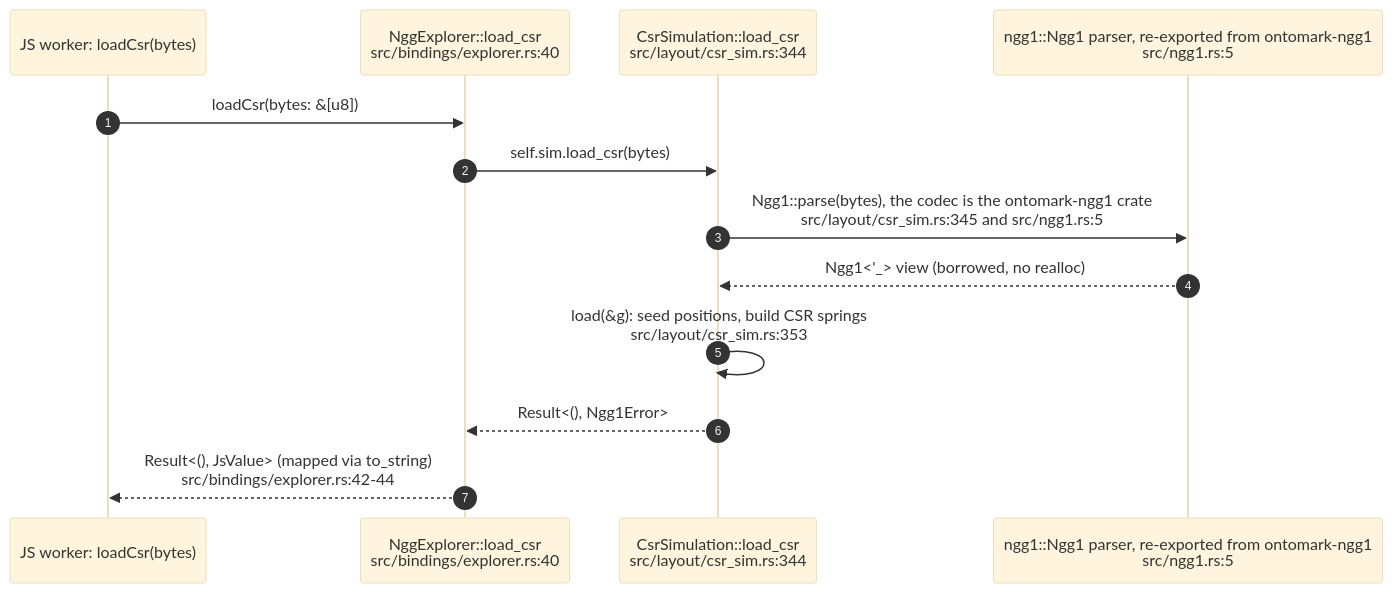
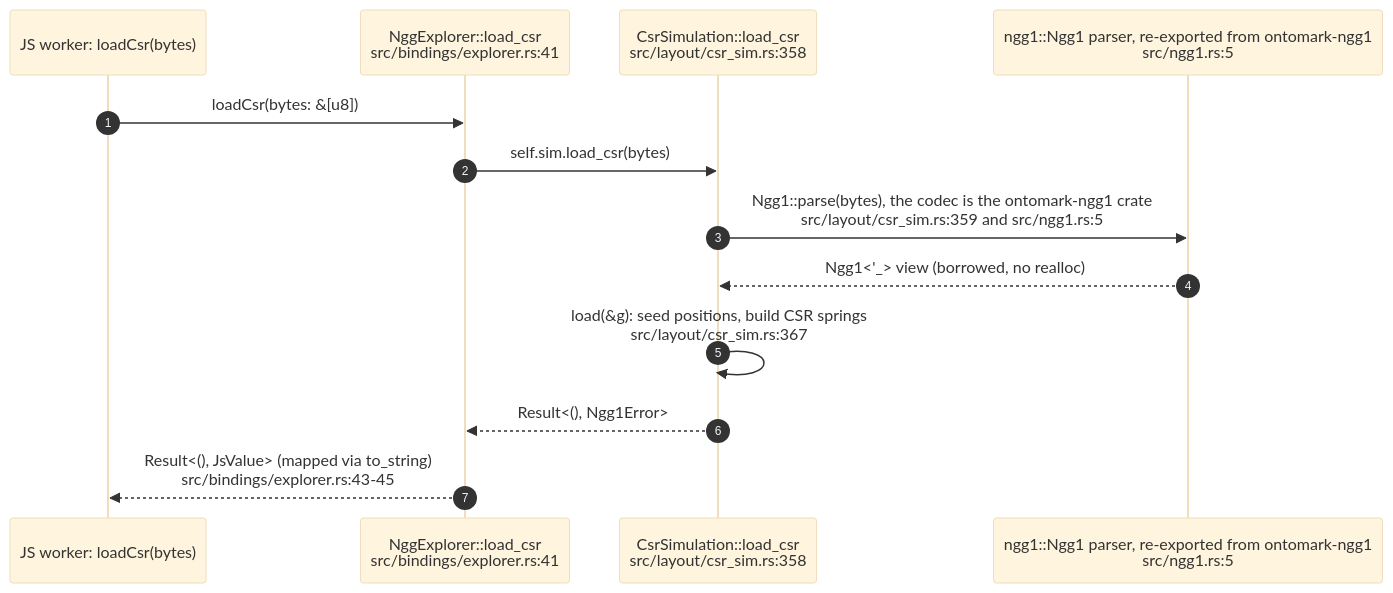
Before and after one commit to DreamLab-AI/VisionFlow: the sixth of 9 diagrams in docs/diagrams/vowl-wasm/03-force-layout-lifecycle.md, drawn with Mermaid (base theme). The commit also changed other lines of this file and 151 other files, not shown here.

````diff
--- a/docs/diagrams/vowl-wasm/03-force-layout-lifecycle.md
+++ b/docs/diagrams/vowl-wasm/03-force-layout-lifecycle.md
@@ -117,15 +119,15 @@
 ```mermaid
 sequenceDiagram
     autonumber
     participant JS as JS worker: loadCsr(bytes)
-    participant NX as NggExplorer::load_csr<br/>src/bindings/explorer.rs:40
-    participant CS as CsrSimulation::load_csr<br/>src/layout/csr_sim.rs:344
+    participant NX as NggExplorer::load_csr<br/>src/bindings/explorer.rs:41
+    participant CS as CsrSimulation::load_csr<br/>src/layout/csr_sim.rs:358
     participant N1 as ngg1::Ngg1 parser, re-exported from ontomark-ngg1<br/>src/ngg1.rs:5
     JS->>NX: loadCsr(bytes: &[u8])
     NX->>CS: self.sim.load_csr(bytes)
-    CS->>N1: Ngg1::parse(bytes), the codec is the ontomark-ngg1 crate<br/>src/layout/csr_sim.rs:345 and src/ngg1.rs:5
+    CS->>N1: Ngg1::parse(bytes), the codec is the ontomark-ngg1 crate<br/>src/layout/csr_sim.rs:359 and src/ngg1.rs:5
     N1-->>CS: Ngg1<'_> view (borrowed, no realloc)
-    CS->>CS: load(&g): seed positions, build CSR springs<br/>src/layout/csr_sim.rs:353
+    CS->>CS: load(&g): seed positions, build CSR springs<br/>src/layout/csr_sim.rs:367
     CS-->>NX: Result<(), Ngg1Error>
-    NX-->>JS: Result<(), JsValue> (mapped via to_string)<br/>src/bindings/explorer.rs:42-44
+    NX-->>JS: Result<(), JsValue> (mapped via to_string)<br/>src/bindings/explorer.rs:43-45
 ```
````
